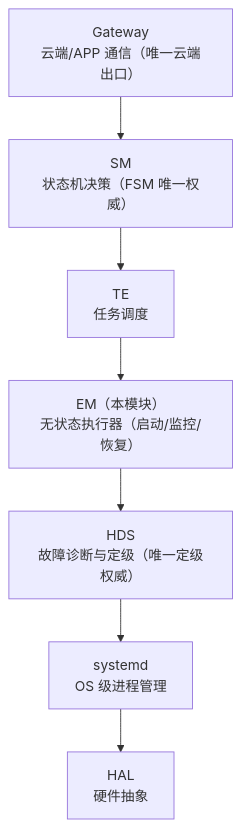
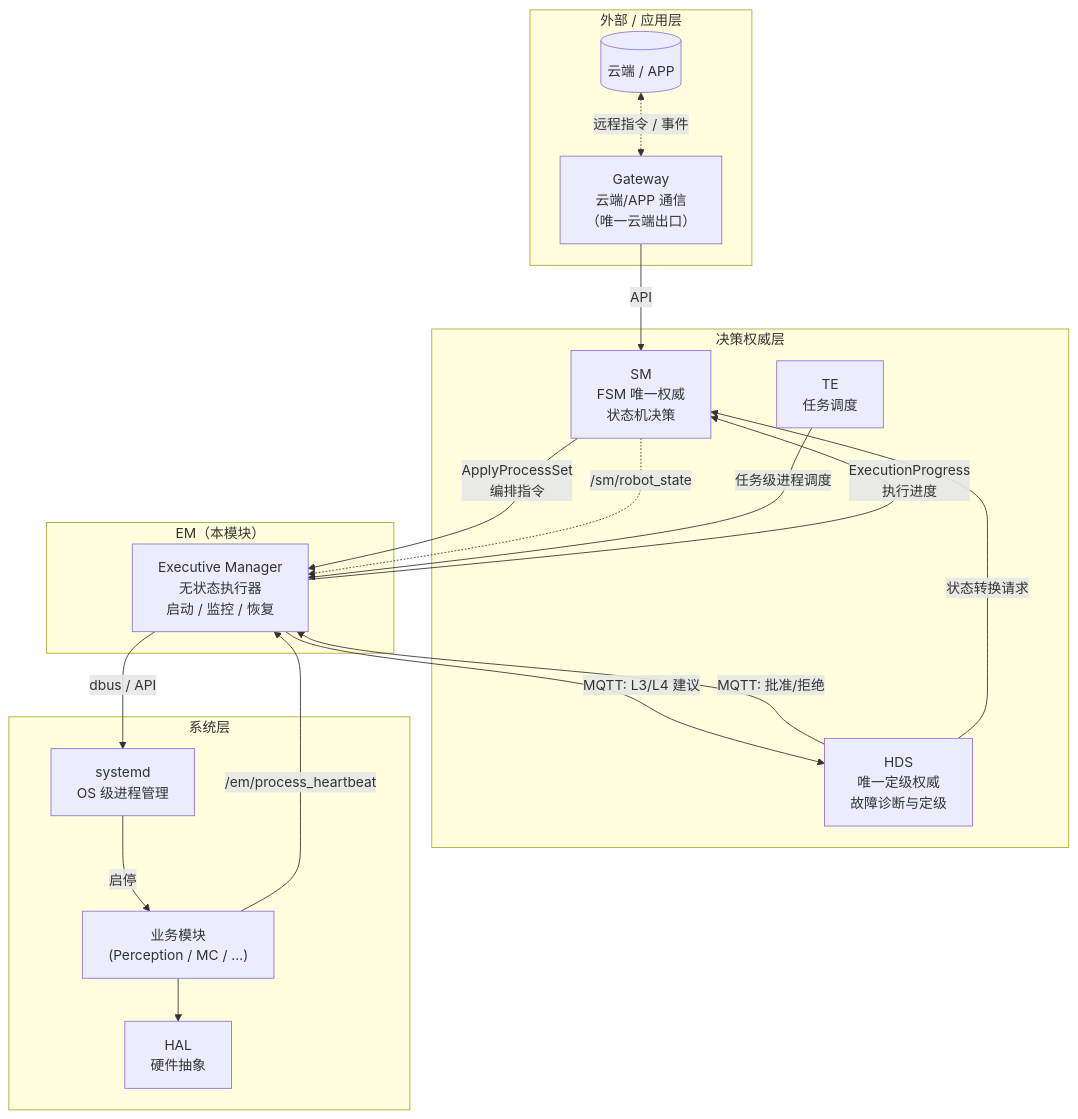
The first of 7 diagrams in design/layer_06_middleware/em_design_v2.md (Tomaxwell/HomoBot), drawn with Mermaid before and after one commit. The commit also changed other lines of this file and 12 other files, not shown here.

````diff
--- a/design/layer_06_middleware/em_design_v2.md
+++ b/design/layer_06_middleware/em_design_v2.md
@@ -46,19 +46,41 @@
 ```mermaid
 flowchart TB
-    Gateway["Gateway
-云端/APP 通信（唯一云端出口）"]
-    SM["SM
-状态机决策（FSM 唯一权威）"]
-    TE["TE
-任务调度"]
-    EM["EM（本模块）
-无状态执行器（启动/监控/恢复）"]
-    HDS["HDS
-故障诊断与定级（唯一定级权威）"]
-    Systemd["systemd
-OS 级进程管理"]
-    HAL["HAL
-硬件抽象"]
+    subgraph External["外部 / 应用层"]
+        Cloud[("云端 / APP")]
+        Gateway["Gateway<br/>云端/APP 通信<br/>（唯一云端出口）"]
+    end
 
-    Gateway --> SM --> TE --> EM --> HDS --> Systemd --> HAL
+    subgraph Decision["决策权威层"]
+        SM["SM<br/>FSM 唯一权威<br/>状态机决策"]
+        HDS["HDS<br/>唯一定级权威<br/>故障诊断与定级"]
+        TE["TE<br/>任务调度"]
+    end
+
+    subgraph EMLayer["EM（本模块）"]
+        EM["Executive Manager<br/>无状态执行器<br/>启动 / 监控 / 恢复"]
+    end
+
+    subgraph SystemLayer["系统层"]
+        Systemd["systemd<br/>OS 级进程管理"]
+        Modules["业务模块<br/>(Perception / MC / ...)"]
+        HAL["HAL<br/>硬件抽象"]
+    end
+
+    Cloud <-.->|远程指令 / 事件| Gateway
+    Gateway -->|API| SM
+
+    SM -->|ApplyProcessSet<br/>编排指令| EM
+    SM -.->|/sm/robot_state| EM
+    EM -->|ExecutionProgress<br/>执行进度| SM
+
+    TE -->|任务级进程调度| EM
+
+    EM -->|MQTT: L3/L4 建议| HDS
+    HDS -->|MQTT: 批准/拒绝| EM
+    HDS -->|状态转换请求| SM
+
+    EM -->|dbus / API| Systemd
+    Systemd -->|启停| Modules
+    Modules -->|/em/process_heartbeat| EM
+    Modules --> HAL
 ```
````
